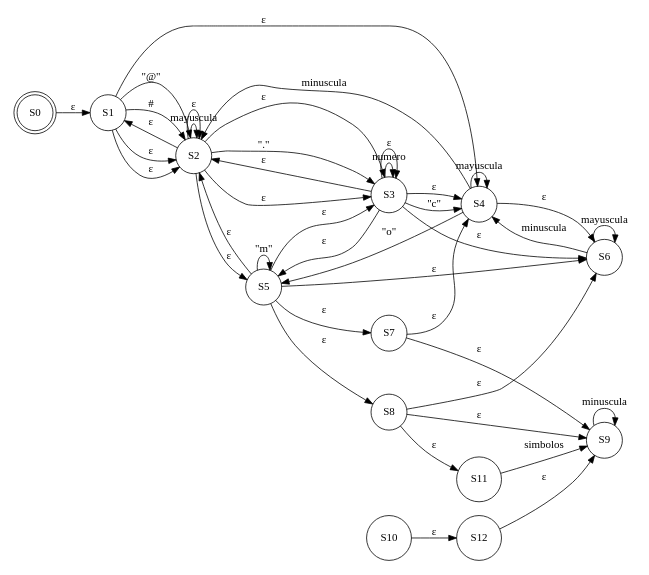
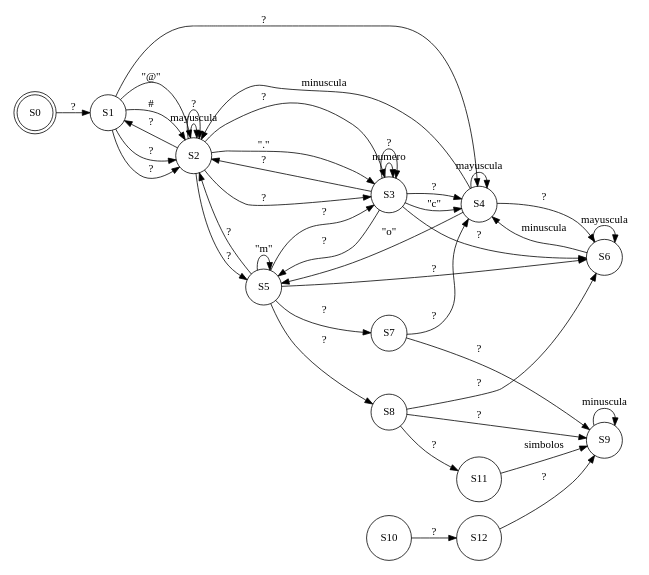
Before and after one commit to findlesscopy/Proyecto1_OLC1_1S2023: the diagram in build/classes/Pruebas/AFND__29.dot, drawn with Graphviz. The commit also changed 89 other files, not shown here.

```diff
--- a/build/classes/Pruebas/AFND__29.dot
+++ b/build/classes/Pruebas/AFND__29.dot
@@ -1,47 +1,47 @@
 digraph AFND {
 	rankdir=LR;
 	size="8,5";
 	node [shape = doublecircle]; S0;
 	node [shape = circle];
-	S0 -> S1 [label = "ε"];
-	S1 -> S2 [label = "ε"];
-	S1 -> S4 [label = "ε"];
+	S0 -> S1 [label = "?"];
+	S1 -> S2 [label = "?"];
+	S1 -> S4 [label = "?"];
 	S2 -> S2 [label = "mayuscula"];
-	S3 -> S5 [label = "ε"];
+	S3 -> S5 [label = "?"];
 	S4 -> S2 [label = "minuscula"];
-	S5 -> S2 [label = "ε"];
-	S1 -> S2 [label = "ε"];
-	S2 -> S3 [label = "ε"];
-	S2 -> S5 [label = "ε"];
+	S5 -> S2 [label = "?"];
+	S1 -> S2 [label = "?"];
+	S2 -> S3 [label = "?"];
+	S2 -> S5 [label = "?"];
 	S3 -> S3 [label = "numero"];
-	S4 -> S6 [label = "ε"];
-	S5 -> S6 [label = "ε"];
-	S5 -> S8 [label = "ε"];
+	S4 -> S6 [label = "?"];
+	S5 -> S6 [label = "?"];
+	S5 -> S8 [label = "?"];
 	S6 -> S6 [label = "mayuscula"];
-	S7 -> S9 [label = "ε"];
-	S8 -> S9 [label = "ε"];
-	S8 -> S11 [label = "ε"];
+	S7 -> S9 [label = "?"];
+	S8 -> S9 [label = "?"];
+	S8 -> S11 [label = "?"];
 	S9 -> S9 [label = "minuscula"];
-	S10 -> S12 [label = "ε"];
+	S10 -> S12 [label = "?"];
 	S11 -> S9 [label = "simbolos"];
-	S12 -> S9 [label = "ε"];
-	S8 -> S6 [label = "ε"];
-	S5 -> S3 [label = "ε"];
-	S2 -> S2 [label = "ε"];
-	S2 -> S1 [label = "ε"];
+	S12 -> S9 [label = "?"];
+	S8 -> S6 [label = "?"];
+	S5 -> S3 [label = "?"];
+	S2 -> S2 [label = "?"];
+	S2 -> S1 [label = "?"];
 	S1 -> S2 [label = "\"@\""];
-	S2 -> S3 [label = "ε"];
-	S3 -> S4 [label = "ε"];
-	S3 -> S6 [label = "ε"];
+	S2 -> S3 [label = "?"];
+	S3 -> S4 [label = "?"];
+	S3 -> S6 [label = "?"];
 	S4 -> S4 [label = "mayuscula"];
-	S5 -> S7 [label = "ε"];
+	S5 -> S7 [label = "?"];
 	S6 -> S4 [label = "minuscula"];
-	S7 -> S4 [label = "ε"];
-	S3 -> S3 [label = "ε"];
-	S3 -> S2 [label = "ε"];
+	S7 -> S4 [label = "?"];
+	S3 -> S3 [label = "?"];
+	S3 -> S2 [label = "?"];
 	S2 -> S3 [label = "\".\""];
 	S3 -> S4 [label = "\"c\""];
 	S4 -> S5 [label = "\"o\""];
 	S5 -> S5 [label = "\"m\""];
 	S1 -> S2 [label = "#"];
 }
```
